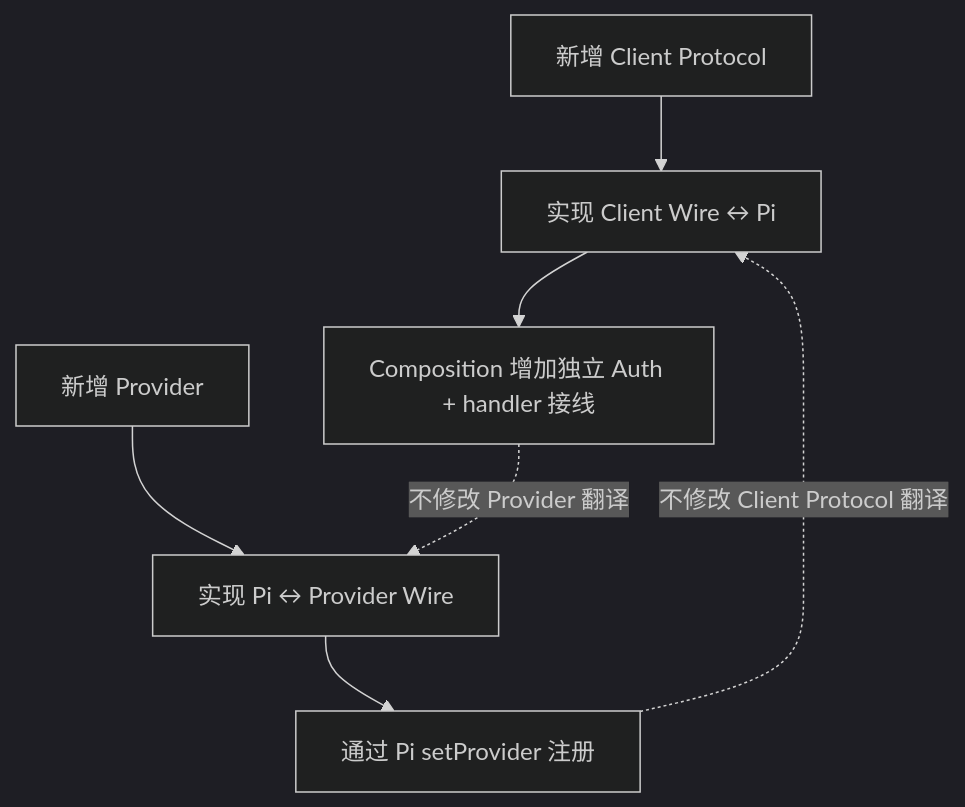
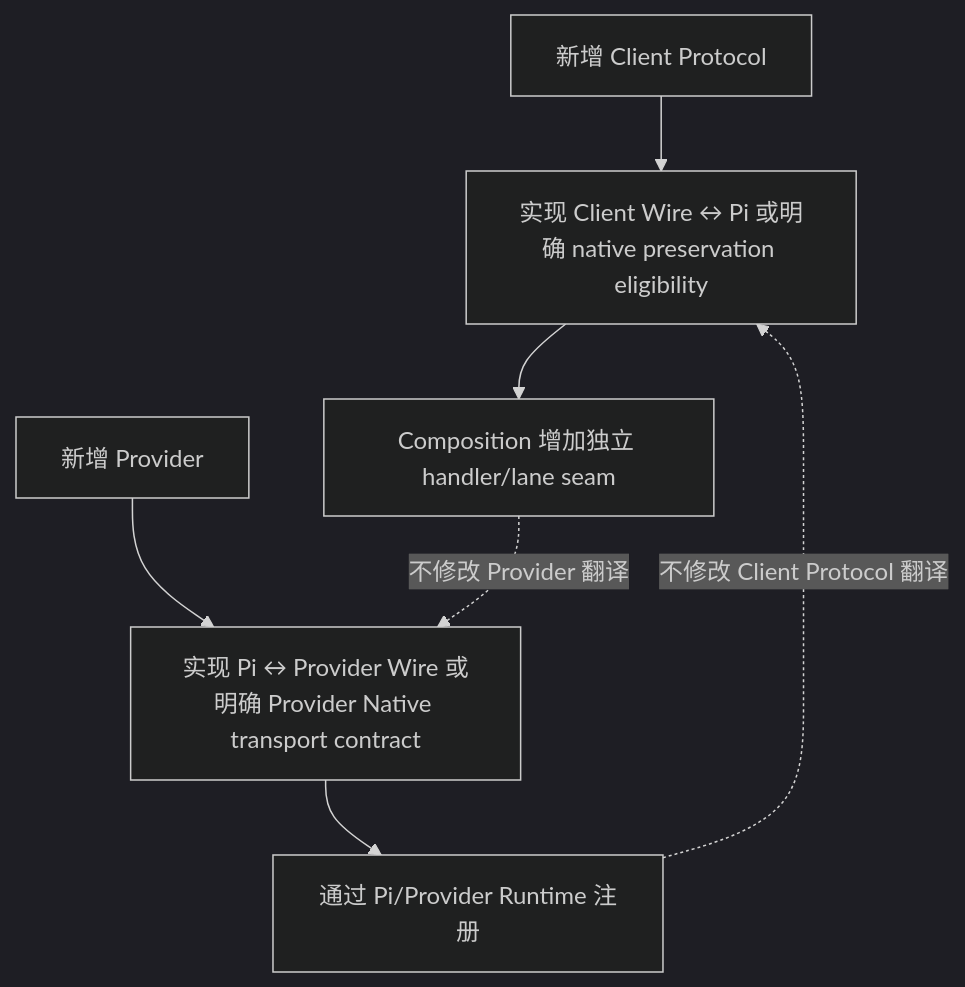
Diagram 18 of 19 in doc/LuckyTokenArchitecture.md (keeplearning2026/LuckyToken), drawn with Mermaid (dark theme) before and after one commit. The commit also changed other lines of this file and 19 other files, not shown here.

Commit message:
docs: synchronize current architecture and product guidance

````diff
--- a/doc/LuckyTokenArchitecture.md
+++ b/doc/LuckyTokenArchitecture.md
@@ -2513,9 +2480,9 @@
 ```mermaid
 flowchart TB
-    NEWCP["新增 Client Protocol"] --> CPI["实现 Client Wire ↔ Pi"]
-    CPI --> BIND["Composition 增加独立 Auth + handler 接线"]
-    NEWPV["新增 Provider"] --> PVI["实现 Pi ↔ Provider Wire"]
-    PVI --> REG["通过 Pi setProvider 注册"]
+    NEWCP["新增 Client Protocol"] --> CPI["实现 Client Wire ↔ Pi 或明确 native preservation eligibility"]
+    CPI --> BIND["Composition 增加独立 handler/lane seam"]
+    NEWPV["新增 Provider"] --> PVI["实现 Pi ↔ Provider Wire 或明确 Provider Native transport contract"]
+    PVI --> REG["通过 Pi/Provider Runtime 注册"]
     BIND -. "不修改 Provider 翻译" .-> PVI
     REG -. "不修改 Client Protocol 翻译" .-> CPI
 ```
````
